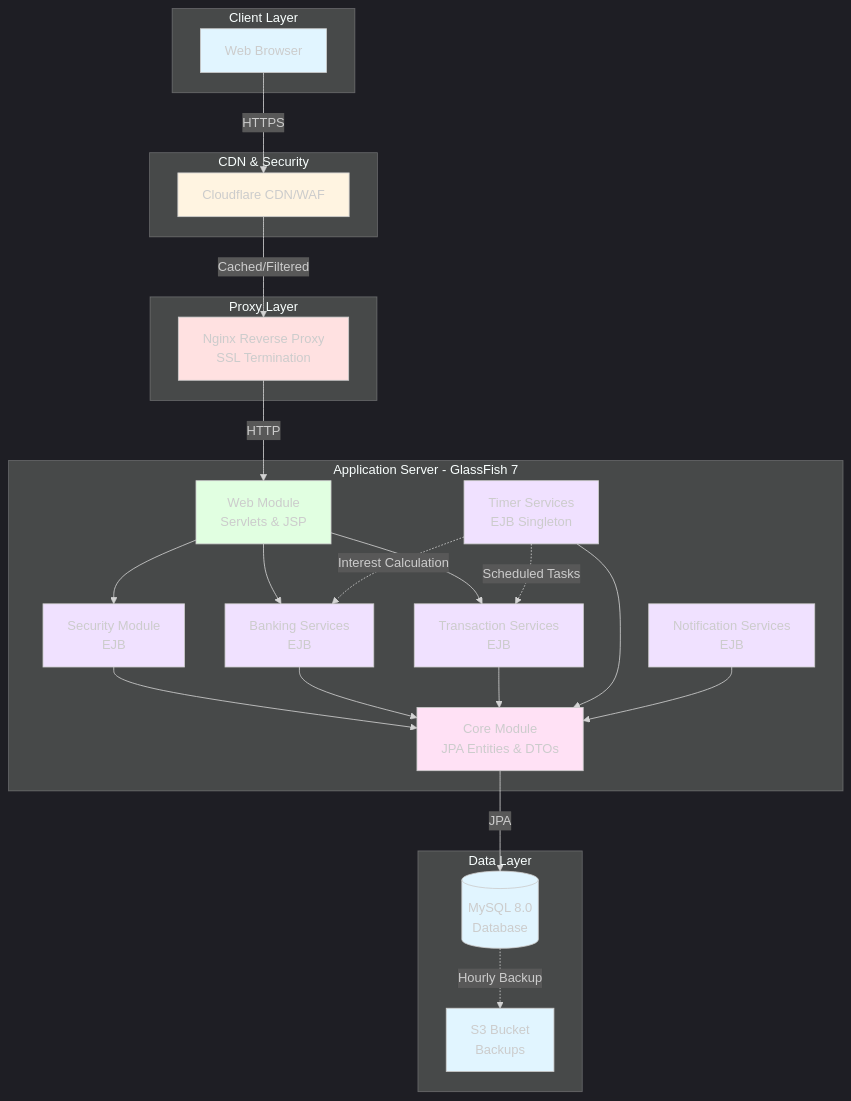
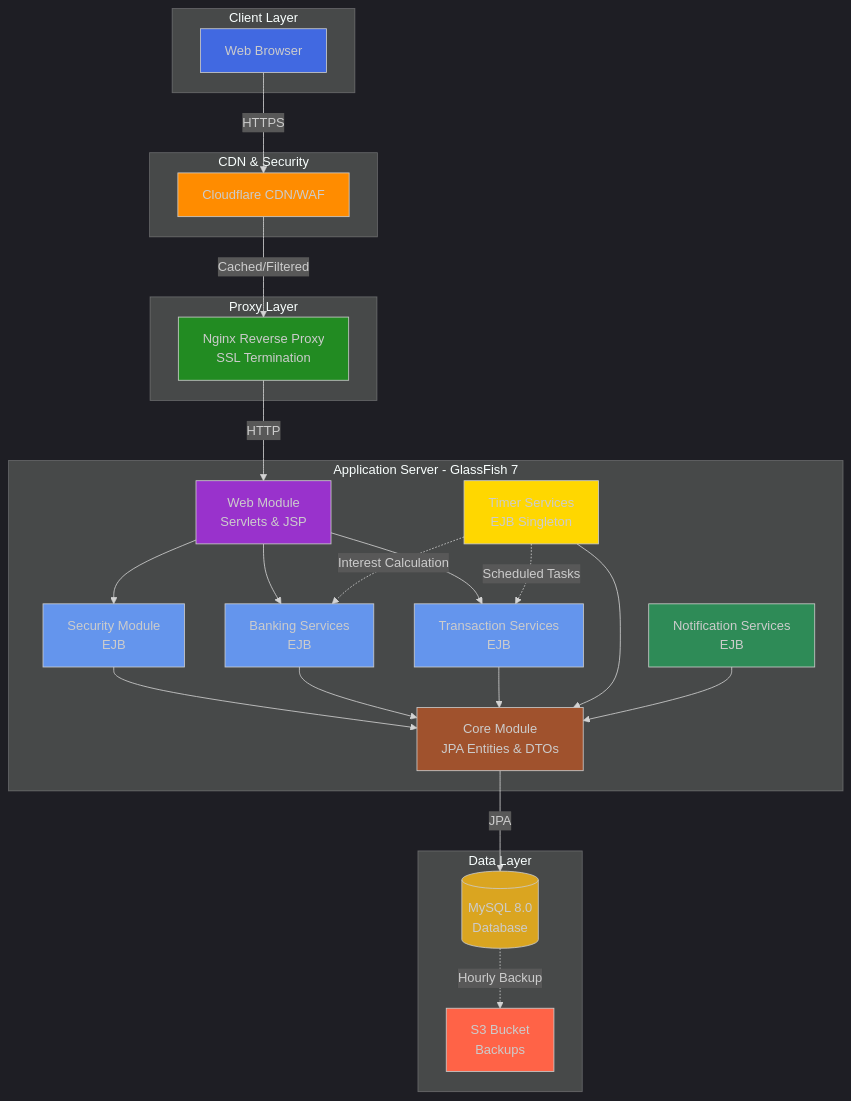
One commit to isharax9/nawwa-banking-system changed the first of 8 diagrams in readme.md. Above: the diagram before and after it, drawn with Mermaid. The commit also changed other lines of this file, not shown here.

Commit message:
Update graph node colors in readme diagrams
Changed the fill colors for nodes in Mermaid diagrams within the readme.md file to use more distinct and descriptive color codes. This improves visual clarity and differentiation between graph elements.

````diff
--- a/readme.md
+++ b/readme.md
@@ -77,59 +77,59 @@
 ```mermaid
 %%{init: {'theme': 'dark'}}%%
 graph TB
     subgraph "Client Layer"
         A[Web Browser]
     end
     
     subgraph "CDN & Security"
         B[Cloudflare CDN/WAF]
     end
     
     subgraph "Proxy Layer"
         C[Nginx Reverse Proxy<br/>SSL Termination]
     end
     
     subgraph "Application Server - GlassFish 7"
         D[Web Module<br/>Servlets & JSP]
         E[Security Module<br/>EJB]
         F[Banking Services<br/>EJB]
         G[Transaction Services<br/>EJB]
         H[Timer Services<br/>EJB Singleton]
         I[Notification Services<br/>EJB]
         J[Core Module<br/>JPA Entities & DTOs]
     end
     
     subgraph "Data Layer"
         K[(MySQL 8.0<br/>Database)]
         L[S3 Bucket<br/>Backups]
     end
     
     A -->|HTTPS| B
     B -->|Cached/Filtered| C
     C -->|HTTP| D
     D --> E
     D --> F
     D --> G
     E --> J
     F --> J
     G --> J
     H --> J
     I --> J
     J -->|JPA| K
     K -.->|Hourly Backup| L
     H -.->|Scheduled Tasks| G
     H -.->|Interest Calculation| F
 
-    style A fill:#e1f5ff
-    style B fill:#fff4e1
-    style C fill:#ffe1e1
-    style D fill:#e1ffe1
-    style E fill:#f0e1ff
-    style F fill:#f0e1ff
-    style G fill:#f0e1ff
-    style H fill:#f0e1ff
-    style I fill:#f0e1ff
-    style J fill:#ffe1f5
-    style K fill:#e1f5ff
-    style L fill:#e1f5ff
+    style A fill:#4169E1
+    style B fill:#FF8C00
+    style C fill:#228B22
+    style D fill:#9932CC
+    style E fill:#6495ED
+    style F fill:#6495ED
+    style G fill:#6495ED
+    style H fill:#FFD700
+    style I fill:#2E8B57
+    style J fill:#A0522D
+    style K fill:#DAA520
+    style L fill:#FF6347
 ```
````
